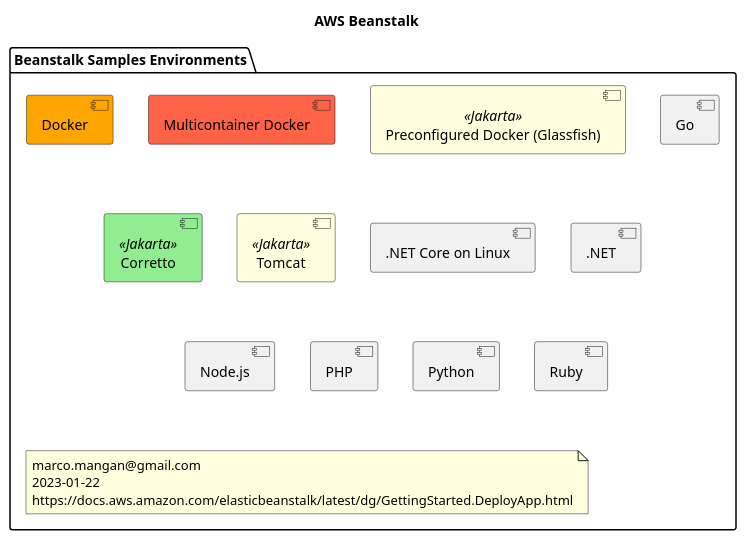
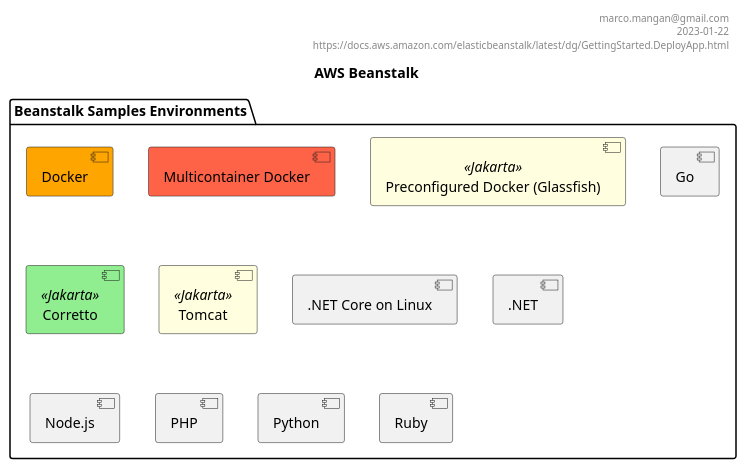
Before and after one commit to masmangan/scaling-octo-bassoon: the diagram in aws-beanstalk-walkthrough/aws-beanstalk-samples.puml, drawn with PlantUML. The commit also changed 10 other files, not shown here.

```diff
--- a/aws-beanstalk-walkthrough/aws-beanstalk-samples.puml
+++ b/aws-beanstalk-walkthrough/aws-beanstalk-samples.puml
@@ -1,33 +1,31 @@
 @startuml
 
 title AWS Beanstalk
 
 package "Beanstalk Samples Environments" {
 
   [Docker] as Docker #Orange
   [Multicontainer Docker] as Multi #Tomato
   component "Preconfigured Docker (Glassfish)" <<Jakarta>> #LightYellow
 
   [Go]
 
   component "Corretto" <<Jakarta>> #LightGreen
   component "Tomcat"<<Jakarta>> #LightYellow
 
   [.NET Core on Linux]
   [.NET]
 
   [Node.js]
   [PHP] as PHP
   [Python] as Python
   [Ruby]
 
+}
 
-note as N1
+header
  marco.mangan@gmail.com
  2023-01-22
  https://docs.aws.amazon.com/elasticbeanstalk/latest/dg/GettingStarted.DeployApp.html
-end note
-
-}
-
+end header
 @enduml
```
